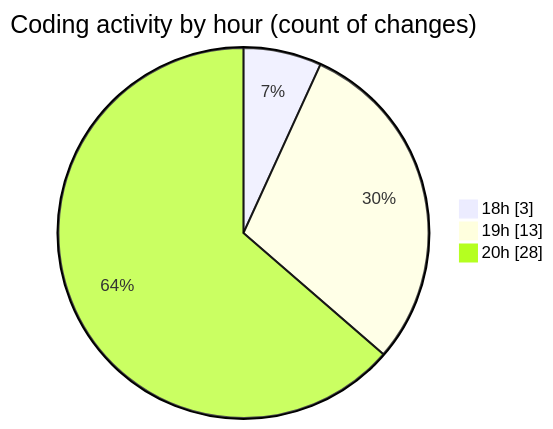
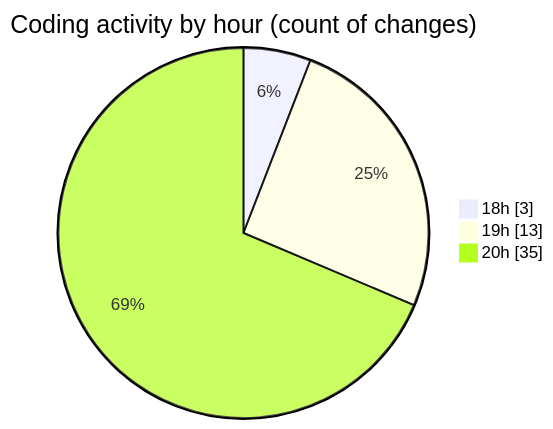
Before and after one commit to MatusMokan/code-tracking: the second of 2 diagrams in 2025-03-20/myws__workspace_/README.md, drawn with Mermaid. The commit also changed other lines of this file and 1 other file, not shown here.

````diff
--- a/2025-03-20/myws__workspace_/README.md
+++ b/2025-03-20/myws__workspace_/README.md
@@ -30,7 +30,7 @@
 ```mermaid
 pie showData
 title Coding activity by hour (count of changes)
 "18h" : 3
 "19h" : 13
-"20h" : 28
+"20h" : 35
 ```
````
